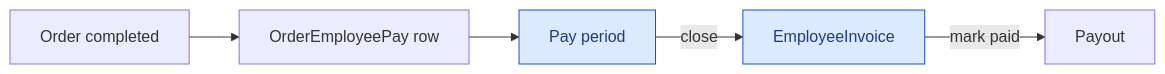
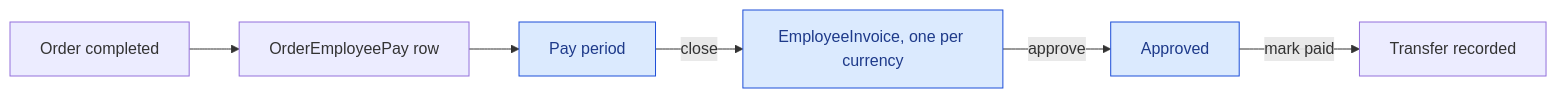
Before and after one commit to VM-s-Solutions/cleansia: the diagram in docs/flows/pay-and-payouts.md, drawn with Mermaid. The commit also changed other lines of this file and 14 other files, not shown here.

````diff
--- a/docs/flows/pay-and-payouts.md
+++ b/docs/flows/pay-and-payouts.md
@@ -7,10 +8,11 @@
 ```mermaid
 flowchart LR
   A[Order completed] --> B[OrderEmployeePay row]
   B --> C[Pay period]
-  C -->|close| D[EmployeeInvoice]
-  D -->|mark paid| E[Payout]
+  C -->|close| D[EmployeeInvoice, one per currency]
+  D -->|approve| E[Approved]
+  E -->|mark paid| F[Transfer recorded]
 
   classDef gate fill:#dbeafe,stroke:#1d4ed8,color:#1e3a8a
-  class C,D gate
+  class C,D,E gate
 ```
````
